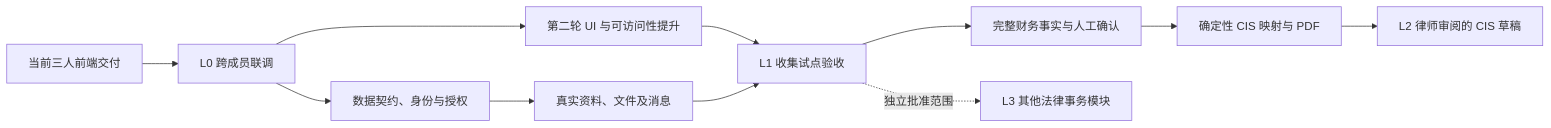
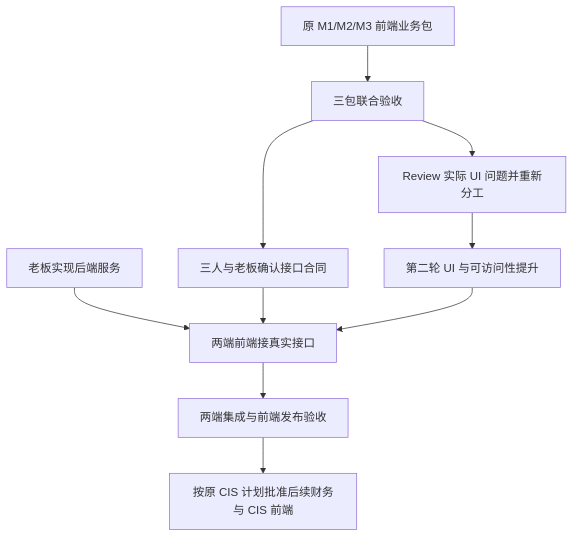
One commit to achen-temp/family-law-wise changed the diagram in docs/project-overview.md. Above: the diagram before and after it, drawn with Mermaid. The commit also changed other lines of this file and 6 other files, not shown here.

````diff
--- a/docs/project-overview.md
+++ b/docs/project-overview.md
@@ -79,13 +50,12 @@
 ```mermaid
-flowchart LR
-  A[当前三人前端交付] --> B[L0 跨成员联调]
-  B --> C[第二轮 UI 与可访问性提升]
-  B --> D[数据契约、身份与授权]
-  D --> E[真实资料、文件及消息]
-  C --> F[L1 收集试点验收]
+flowchart TD
+  A[原 M1/M2/M3 前端业务包] --> B[三包联合验收]
+  B --> C[Review 实际 UI 问题并重新分工]
+  C --> D[第二轮 UI 与可访问性提升]
+  B --> E[三人与老板确认接口合同]
+  X[老板实现后端服务] --> F[两端前端接真实接口]
   E --> F
-  F --> G[完整财务事实与人工确认]
-  G --> H[确定性 CIS 映射与 PDF]
-  H --> I[L2 律师审阅的 CIS 草稿]
-  F -. 独立批准范围 .-> J[L3 其他法律事务模块]
+  D --> F
+  F --> G[两端集成与前端发布验收]
+  G --> H[按原 CIS 计划批准后续财务与 CIS 前端]
 ```
````
